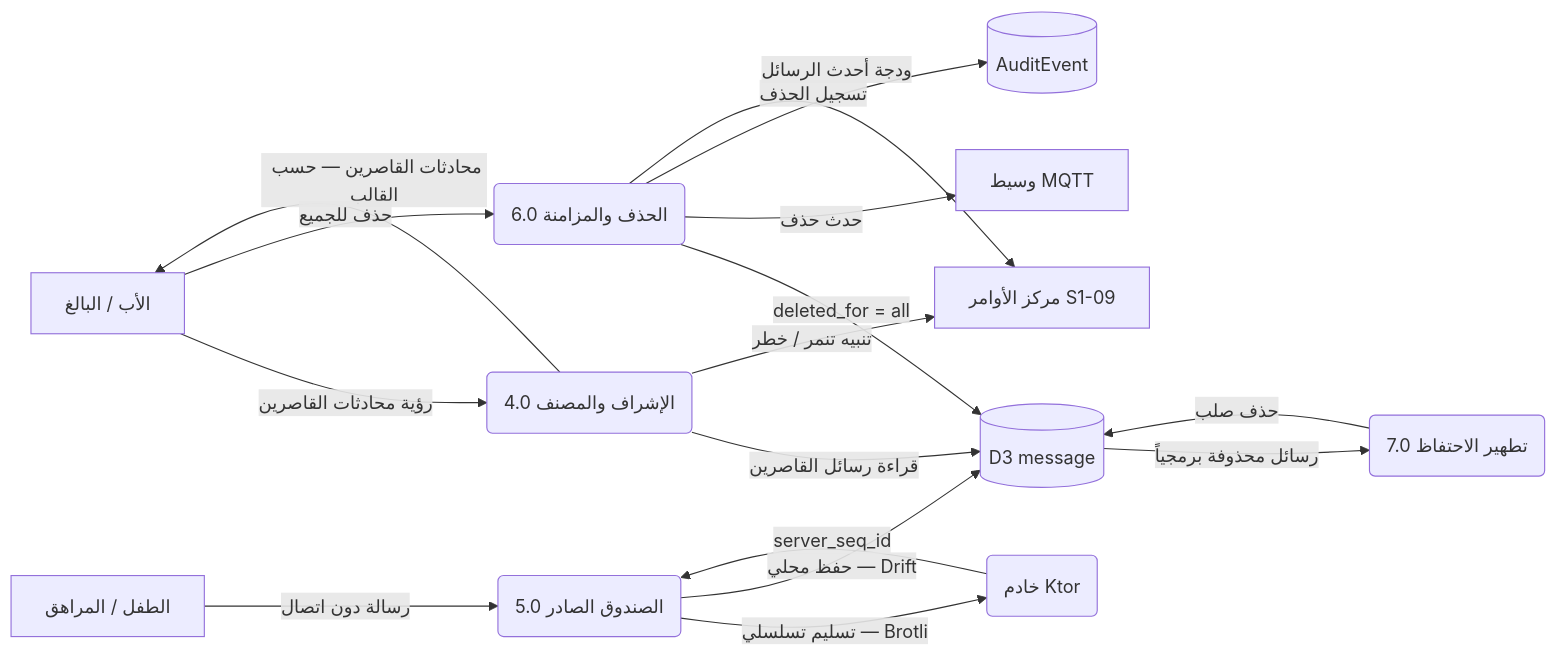
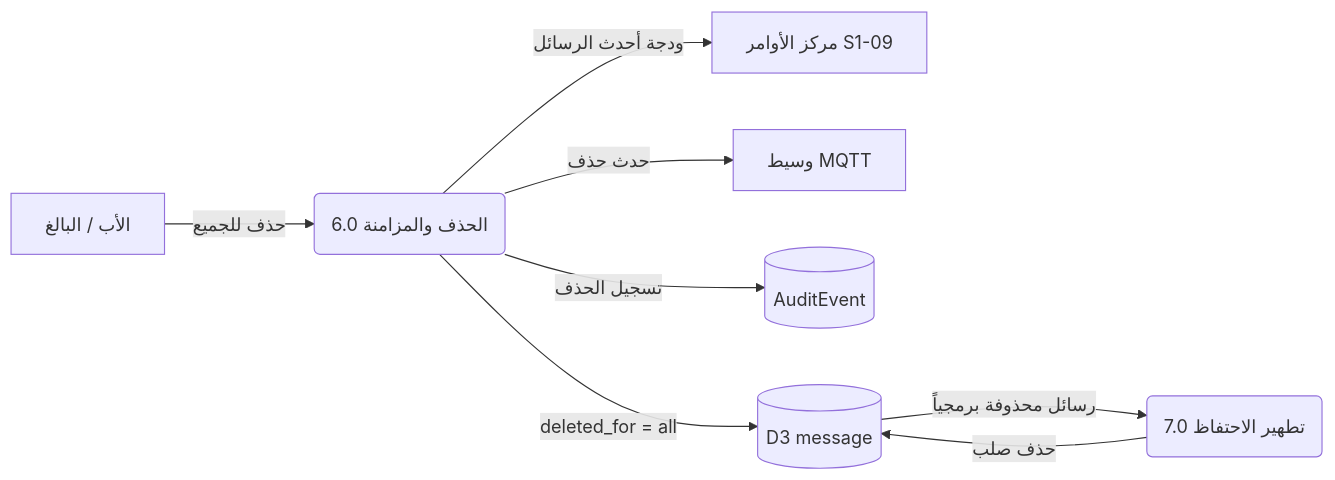
Before and after one commit to Bassam-mohammed-alqaeadi/family-os-v2: diagram 24 of 27 in docs/family-os/governance/phases/phase-1/S1-08-chat-basic/DIAGRAMS.md, drawn with Mermaid. The commit also changed other lines of this file, not shown here.

````diff
--- a/docs/family-os/governance/phases/phase-1/S1-08-chat-basic/DIAGRAMS.md
+++ b/docs/family-os/governance/phases/phase-1/S1-08-chat-basic/DIAGRAMS.md
@@ -629,30 +852,18 @@
 ```mermaid
 flowchart LR
     Father[الأب / البالغ]
-    Minor[الطفل / المراهق]
     S109[مركز الأوامر S1-09]
     MQTT[وسيط MQTT]
-    Ktor(خادم Ktor)
     Audit[(AuditEvent)]
-    P4(4.0 الإشراف والمصنف)
-    P5(5.0 الصندوق الصادر)
     P6(6.0 الحذف والمزامنة)
     P7(7.0 تطهير الاحتفاظ)
     D3[(D3 message)]
 
-    P4 -->|قراءة رسائل القاصرين| D3
-    P4 -->|تنبيه تنمر / خطر| S109
-    Father -->|رؤية محادثات القاصرين| P4
-    P4 -->|محادثات القاصرين — حسب القالب| Father
-    Minor -->|رسالة دون اتصال| P5
-    P5 -->|تسليم تسلسلي — Brotli| Ktor
-    Ktor -->|server_seq_id| P5
-    P5 -->|حفظ محلي — Drift| D3
     Father -->|حذف للجميع| P6
     P6 -->|deleted_for = all| D3
     P6 -->|حدث حذف| MQTT
     P6 -->|تسجيل الحذف| Audit
     P6 -->|ودجة أحدث الرسائل| S109
     D3 -->|رسائل محذوفة برمجياً| P7
     P7 -->|حذف صلب| D3
 ```
````
